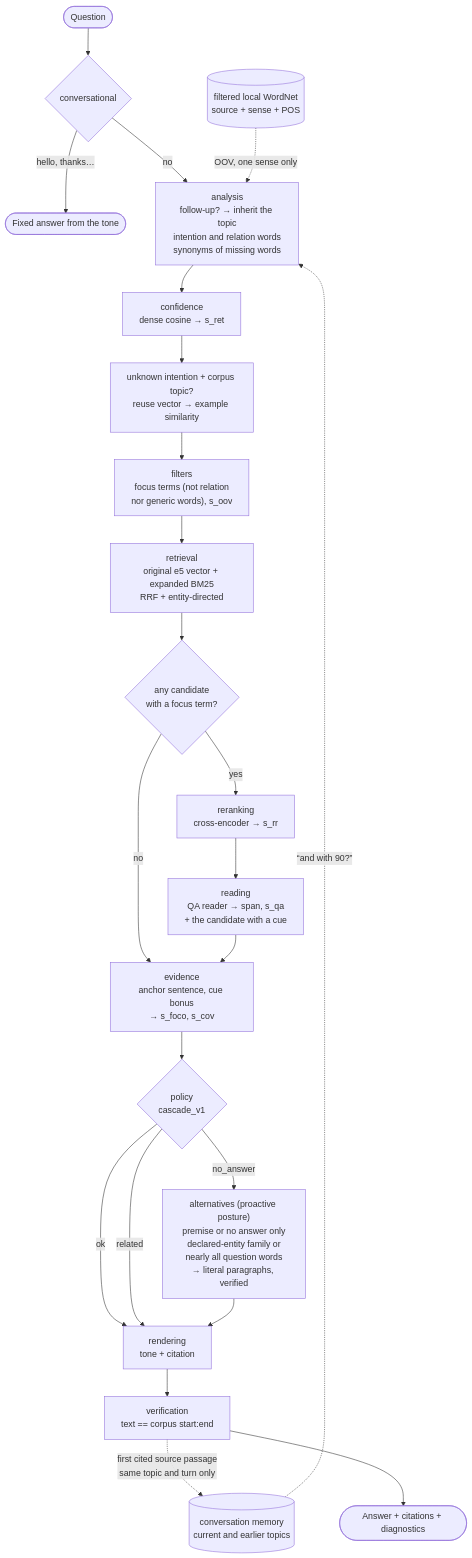
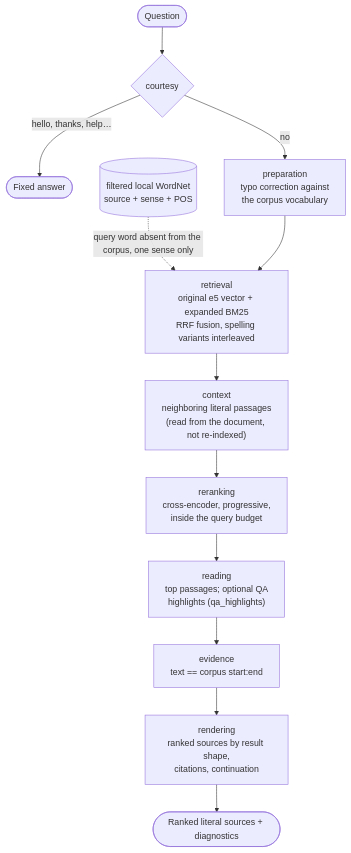
One commit to ClaudioH19/ipsis changed the third of 6 diagrams in docs/architecture.md. Above: the diagram before and after it, drawn with Mermaid. The commit also changed other lines of this file and 45 other files, not shown here.

````diff
--- a/docs/architecture.md
+++ b/docs/architecture.md
@@ -200,25 +199,14 @@
 ```mermaid
 flowchart TD
-    P([Question]) --> C{conversational}
-    C -- "hello, thanks…" --> RF([Fixed answer from the tone])
-    C -- no --> A["analysis<br/>follow-up? → inherit the topic<br/>intention and relation words<br/>synonyms of missing words"]
-    MEM[("conversation memory<br/>current and earlier topics")] -.->|"“and with 90?”"| A
-    WN[("filtered local WordNet<br/>source + sense + POS")] -.->|"OOV, one sense only"| A
-    A --> CF[confidence<br/>dense cosine → s_ret]
-    CF --> IF["unknown intention + corpus topic?<br/>reuse vector → example similarity"]
-    IF --> F["filters<br/>focus terms (not relation<br/>nor generic words), s_oov"]
-    F --> R[retrieval<br/>original e5 vector + expanded BM25<br/>RRF + entity-directed]
-    R --> T{any candidate<br/>with a focus term?}
-    T -- no --> E
-    T -- yes --> RR[reranking<br/>cross-encoder → s_rr]
-    RR --> L["reading<br/>QA reader → span, s_qa<br/>+ the candidate with a cue"]
-    L --> E["evidence<br/>anchor sentence, cue bonus<br/>→ s_foco, s_cov"]
-    E --> PO{policy<br/>cascade_v1}
-    PO -- ok --> RD[rendering<br/>tone + citation]
-    PO -- related --> RD
-    PO -- no_answer --> ALT["alternatives (proactive posture)<br/>premise or no answer only<br/>declared-entity family or<br/>nearly all question words<br/>→ literal paragraphs, verified"]
-    ALT --> RD
-    RD --> V[verification<br/>text == corpus start:end]
-    V -.->|"first cited source passage<br/>same topic and turn only"| MEM
-    V --> S([Answer + citations + diagnostics])
+    P([Question]) --> C{courtesy}
+    C -- "hello, thanks, help…" --> RF([Fixed answer])
+    C -- no --> PR["preparation<br/>typo correction against<br/>the corpus vocabulary"]
+    WN[("filtered local WordNet<br/>source + sense + POS")] -.->|"query word absent from the corpus, one sense only"| R
+    PR --> R["retrieval<br/>original e5 vector + expanded BM25<br/>RRF fusion, spelling variants interleaved"]
+    R --> CT["context<br/>neighboring literal passages<br/>(read from the document, not re-indexed)"]
+    CT --> RR["reranking<br/>cross-encoder, progressive,<br/>inside the query budget"]
+    RR --> L["reading<br/>top passages; optional QA<br/>highlights (qa_highlights)"]
+    L --> E["evidence<br/>text == corpus start:end"]
+    E --> RD["rendering<br/>ranked sources by result shape,<br/>citations, continuation"]
+    RD --> S([Ranked literal sources + diagnostics])
 ```
````
